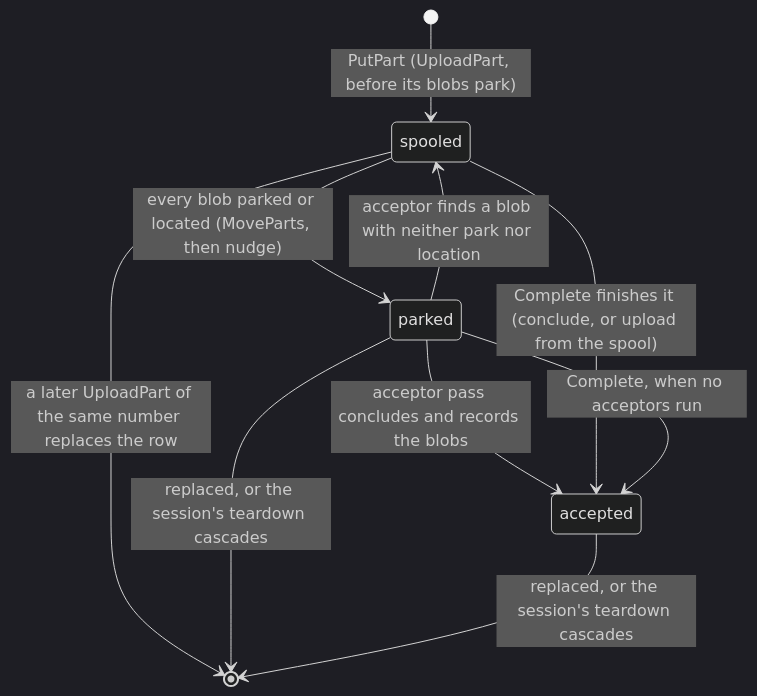
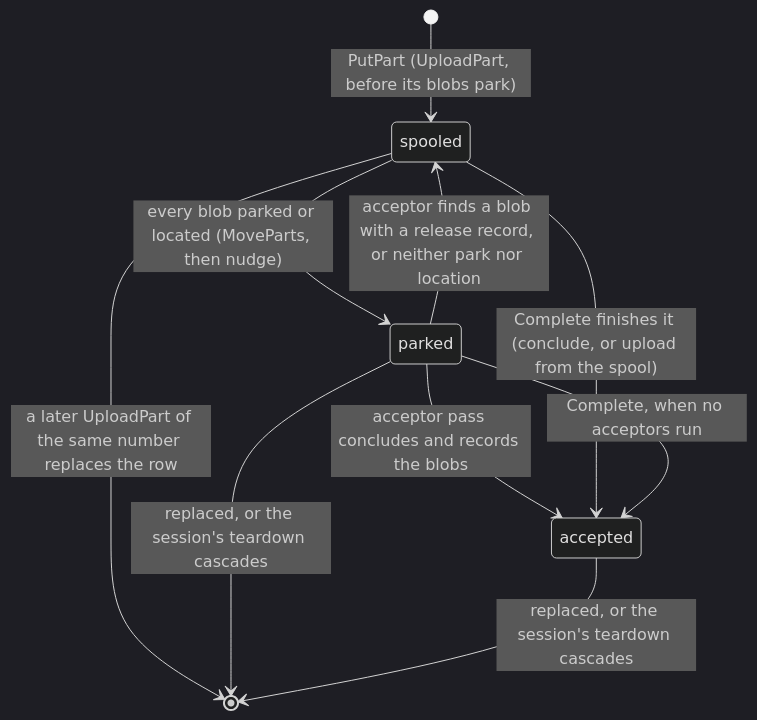
One commit to fil-forge/ingot changed the seventh of 15 diagrams in docs/diagrams.md. Above: the diagram before and after it, drawn with Mermaid (dark theme). The commit also changed other lines of this file and 13 other files, not shown here.

````diff
--- a/docs/diagrams.md
+++ b/docs/diagrams.md
@@ -592,12 +597,12 @@
 ```mermaid
 stateDiagram-v2
     [*] --> spooled : PutPart (UploadPart, before its blobs park)
     spooled --> parked : every blob parked or located (MoveParts, then nudge)
     parked --> accepted : acceptor pass concludes and records the blobs
-    parked --> spooled : acceptor finds a blob with neither park nor location
+    parked --> spooled : acceptor finds a blob with a release record, or neither park nor location
     spooled --> accepted : Complete finishes it (conclude, or upload from the spool)
     parked --> accepted : Complete, when no acceptors run
     spooled --> [*] : a later UploadPart of the same number replaces the row
     parked --> [*] : replaced, or the session's teardown cascades
     accepted --> [*] : replaced, or the session's teardown cascades
 ```
````
